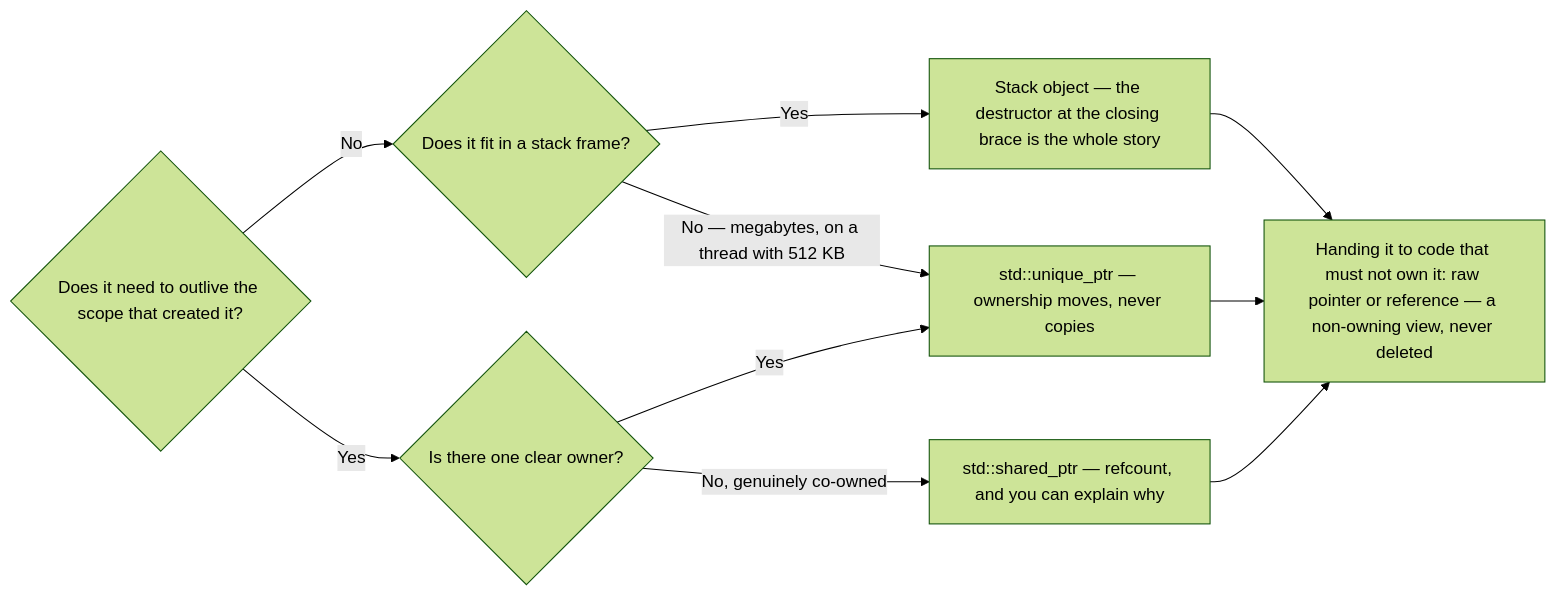
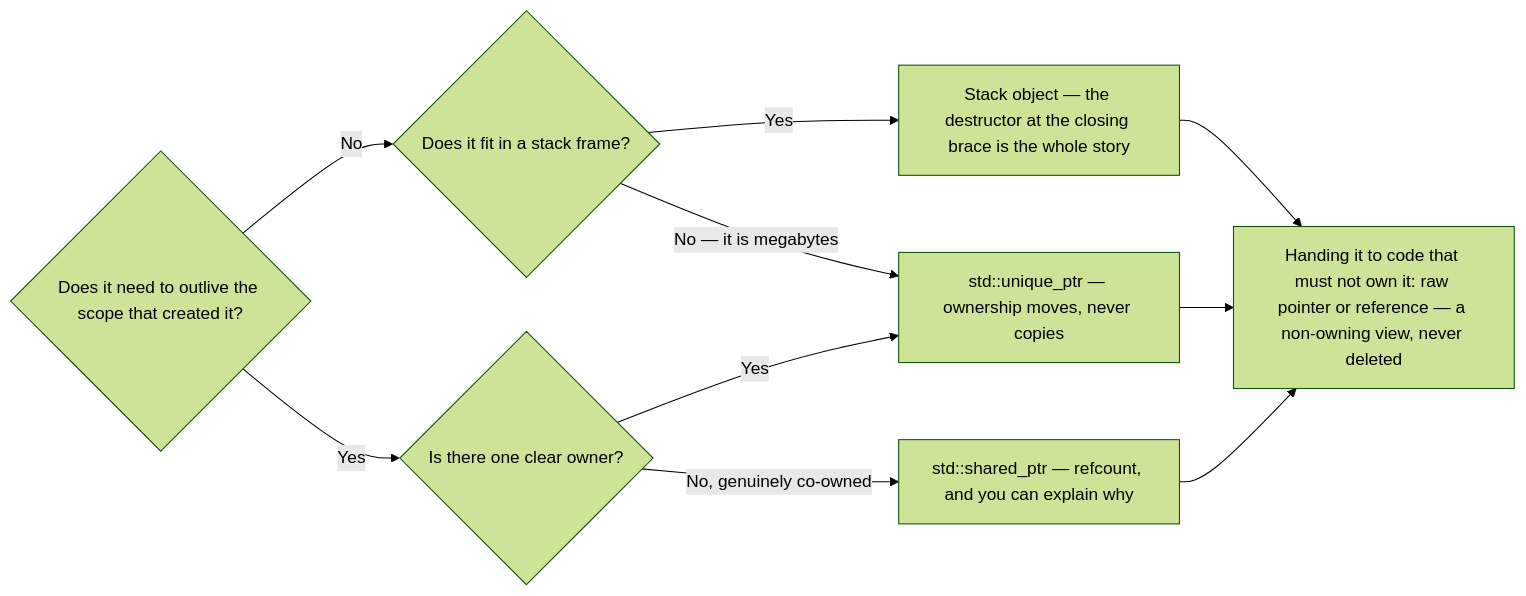
One commit to mkhomutov/going-unmanaged changed the first of 2 diagrams in book/01-ownership-and-raii.md. Above: the diagram before and after it, drawn with Mermaid (forest theme). The commit also changed other lines of this file and 7 other files, not shown here.

````diff
--- a/book/01-ownership-and-raii.md
+++ b/book/01-ownership-and-raii.md
@@ -51,12 +51,12 @@
 ```mermaid
 flowchart LR
     Q1{"Does it need to outlive the scope that created it?"} -->|No| Q0{"Does it fit in a stack frame?"}
     Q0 -->|Yes| STK["Stack object — the destructor at the closing brace is the whole story"]
-    Q0 -->|"No — megabytes, on a thread with 512 KB"| UP["std::unique_ptr — ownership moves, never copies"]
+    Q0 -->|"No — it is megabytes"| UP["std::unique_ptr — ownership moves, never copies"]
     Q1 -->|Yes| Q2{"Is there one clear owner?"}
     Q2 -->|Yes| UP
     Q2 -->|"No, genuinely co-owned"| SP["std::shared_ptr — refcount, and you can explain why"]
     STK --> VIEW["Handing it to code that must not own it: raw pointer or reference — a non-owning view, never deleted"]
     UP --> VIEW
     SP --> VIEW
 ```
````
